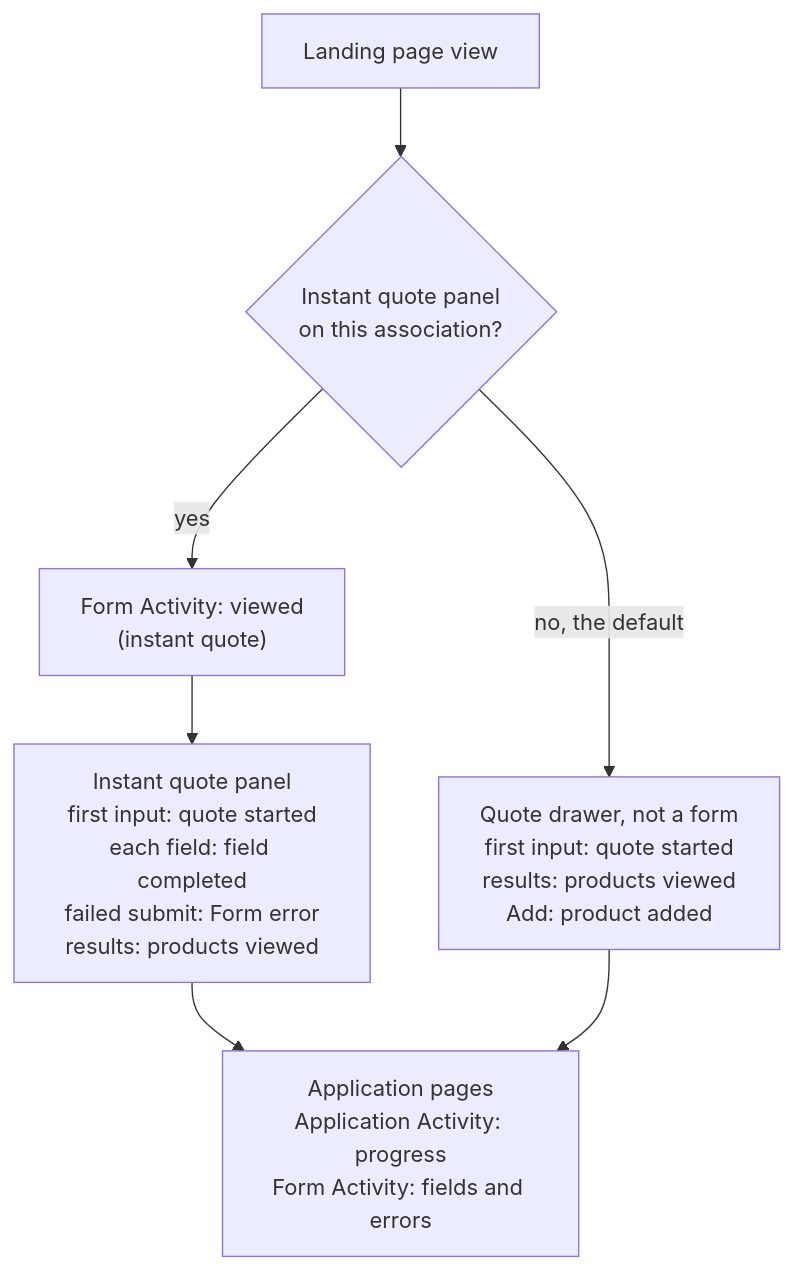
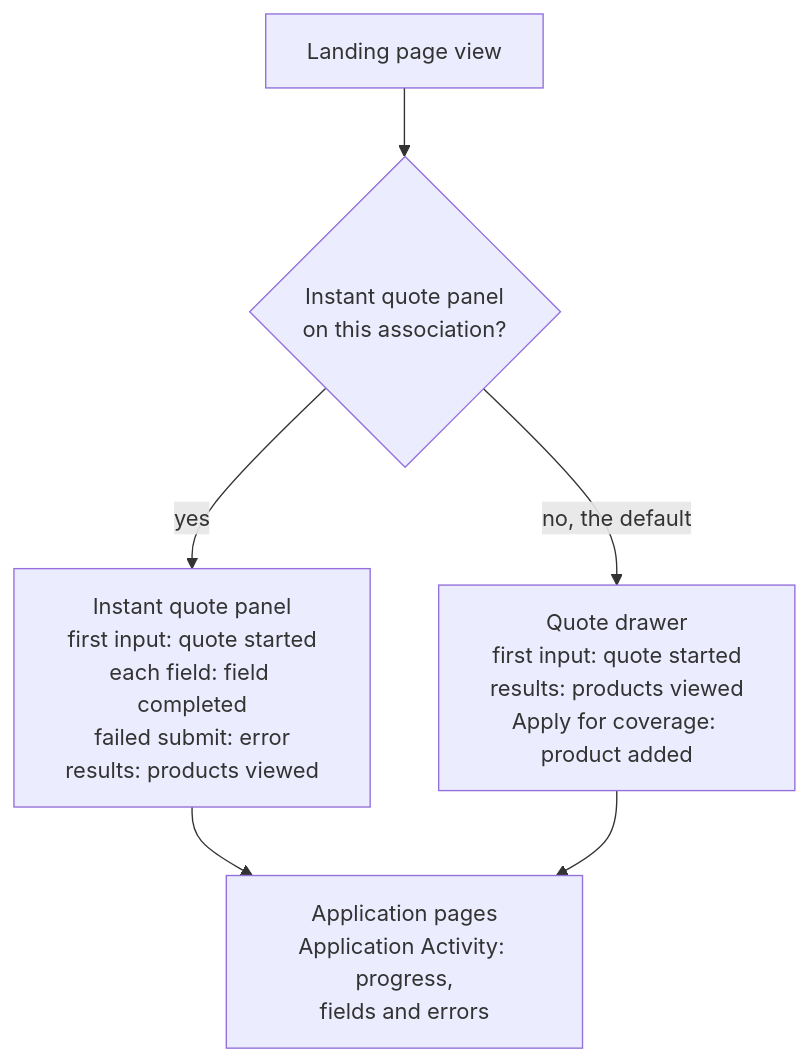
The second of 2 diagrams in how-it-works.md (further-external/client-nyl-gmad-dl-spec), drawn with Mermaid before and after one commit. The commit also changed other lines of this file and 13 other files, not shown here.

````diff
--- a/how-it-works.md
+++ b/how-it-works.md
@@ -75,9 +78,8 @@
 ```mermaid
 flowchart TD
   L["Landing page view"] --> Q{"Instant quote panel<br/>on this association?"}
-  Q -->|"yes"| FV["Form Activity: viewed<br/>(instant quote)"]
-  Q -->|"no, the default"| QD["Quote drawer, not a form<br/>first input: quote started<br/>results: products viewed<br/>Add: product added"]
-  FV --> IQ["Instant quote panel<br/>first input: quote started<br/>each field: field completed<br/>failed submit: Form error<br/>results: products viewed"]
-  IQ --> APP["Application pages<br/>Application Activity: progress<br/>Form Activity: fields and errors"]
+  Q -->|"yes"| IQ["Instant quote panel<br/>first input: quote started<br/>each field: field completed<br/>failed submit: error<br/>results: products viewed"]
+  Q -->|"no, the default"| QD["Quote drawer<br/>first input: quote started<br/>results: products viewed<br/>Apply for coverage: product added"]
+  IQ --> APP["Application pages<br/>Application Activity: progress,<br/>fields and errors"]
   QD --> APP
 ```
````
